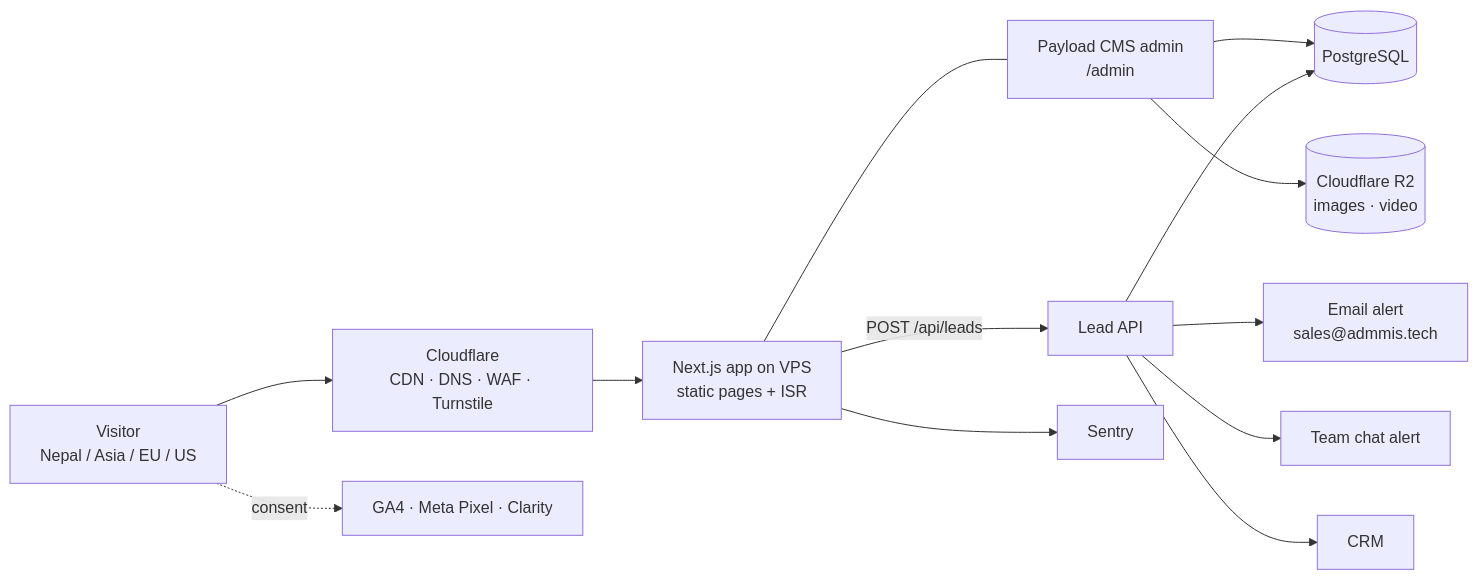
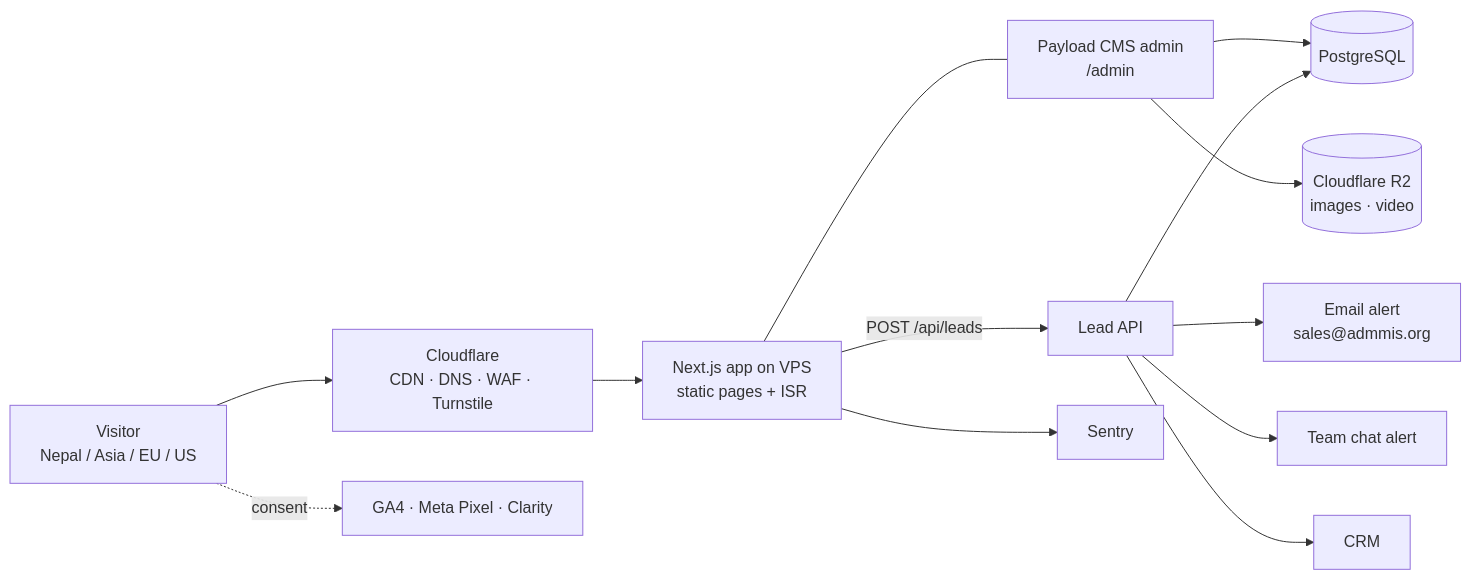
The diagram in docs/architecture.md (rajroshan0/Admmis.Tech), drawn with Mermaid before and after one commit. The commit also changed other lines of this file and 10 other files, not shown here.

````diff
--- a/docs/architecture.md
+++ b/docs/architecture.md
@@ -5,15 +5,15 @@
 ```mermaid
 flowchart LR
   V[Visitor<br/>Nepal / Asia / EU / US] --> CF[Cloudflare<br/>CDN · DNS · WAF · Turnstile]
   CF --> APP[Next.js app on VPS<br/>static pages + ISR]
   APP --- CMS[Payload CMS admin<br/>/admin]
   CMS --> DB[(PostgreSQL)]
   CMS --> R2[(Cloudflare R2<br/>images · video)]
   APP -->|POST /api/leads| LEAD[Lead API]
   LEAD --> DB
-  LEAD --> MAIL[Email alert<br/>sales@admmis.tech]
+  LEAD --> MAIL[Email alert<br/>sales@admmis.org]
   LEAD --> CHAT[Team chat alert]
   LEAD --> CRM[CRM]
   V -.consent.-> AN[GA4 · Meta Pixel · Clarity]
   APP --> SEN[Sentry]
 ```
````
